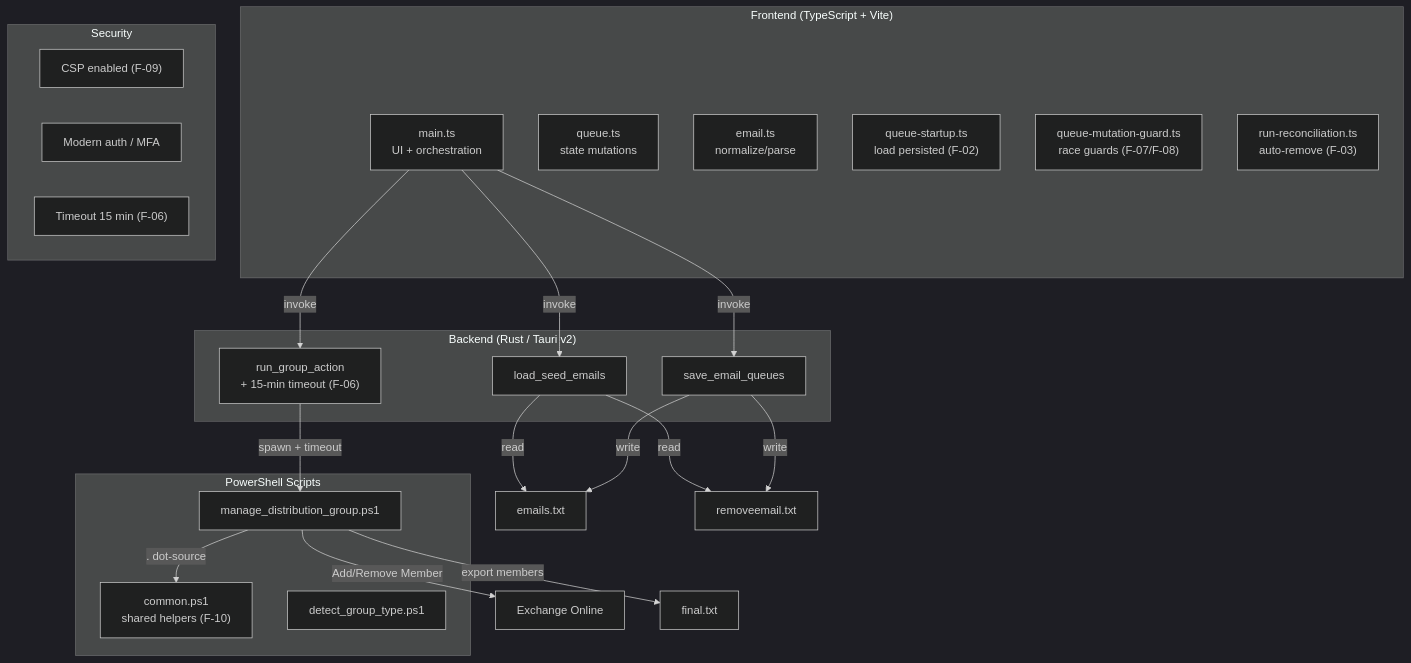
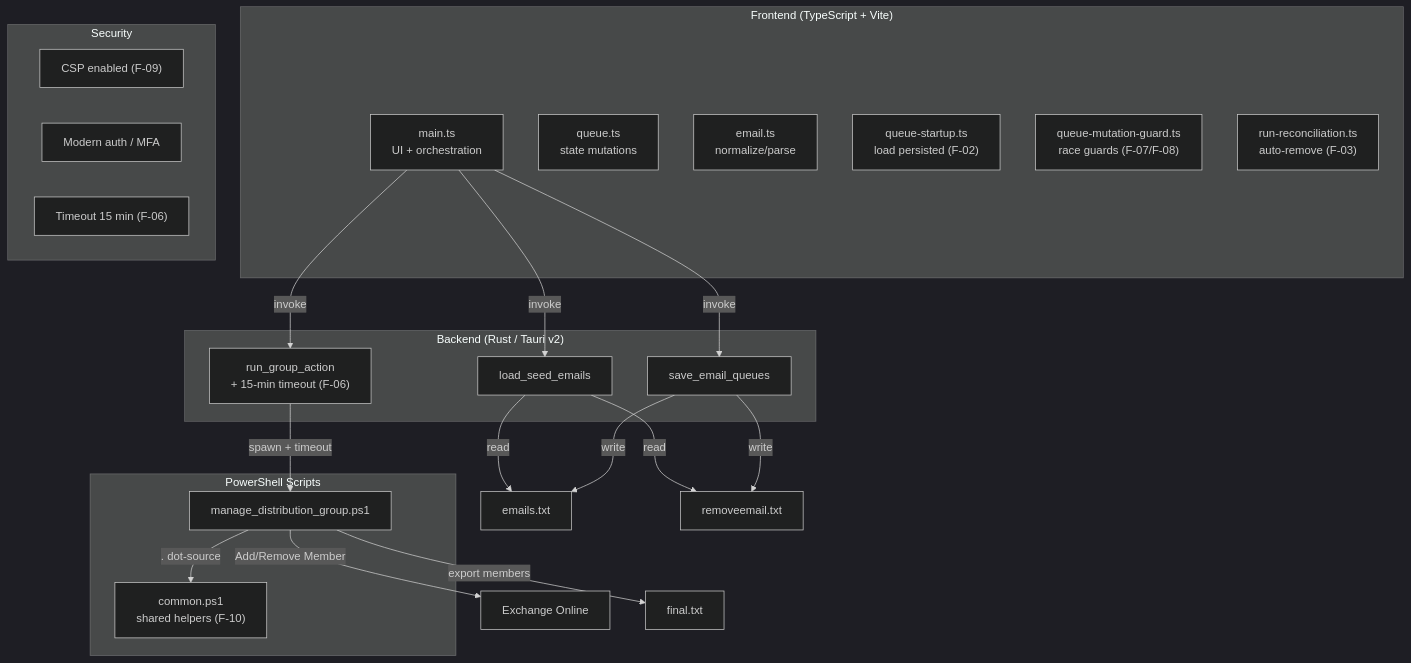
One commit to quockhanh2376/trade-union changed the diagram in project_analysis.md. Above: the diagram before and after it, drawn with Mermaid (dark theme). The commit also changed other lines of this file and 9 other files, not shown here.

````diff
--- a/project_analysis.md
+++ b/project_analysis.md
@@ -88,41 +87,40 @@
 ```mermaid
 graph TB
     subgraph Frontend["Frontend (TypeScript + Vite)"]
         UI["main.ts<br/>UI + orchestration"]
         QUEUE["queue.ts<br/>state mutations"]
         EMAIL["email.ts<br/>normalize/parse"]
         STARTUP["queue-startup.ts<br/>load persisted (F-02)"]
         GUARD["queue-mutation-guard.ts<br/>race guards (F-07/F-08)"]
         RECON["run-reconciliation.ts<br/>auto-remove (F-03)"]
     end
 
     subgraph Backend["Backend (Rust / Tauri v2)"]
         CMD1["load_seed_emails"]
         CMD2["save_email_queues"]
         CMD3["run_group_action<br/>+ 15-min timeout (F-06)"]
     end
 
     subgraph Scripts["PowerShell Scripts"]
         COMMON["common.ps1<br/>shared helpers (F-10)"]
-        PS1["detect_group_type.ps1"]
         PS2["manage_distribution_group.ps1"]
     end
 
     subgraph Security["Security"]
         CSP["CSP enabled (F-09)"]
         AUTH["Modern auth / MFA"]
         TIMEOUT["Timeout 15 min (F-06)"]
     end
 
     UI -->|invoke| CMD1
     UI -->|invoke| CMD2
     UI -->|invoke| CMD3
     CMD1 -->|read| F1["emails.txt"]
     CMD1 -->|read| F2["removeemail.txt"]
     CMD2 -->|write| F1
     CMD2 -->|write| F2
     CMD3 -->|spawn + timeout| PS2
     PS2 -->|. dot-source| COMMON
     PS2 -->|Add/Remove Member| EXO["Exchange Online"]
     PS2 -->|export members| F3["final.txt"]
 ```
````
